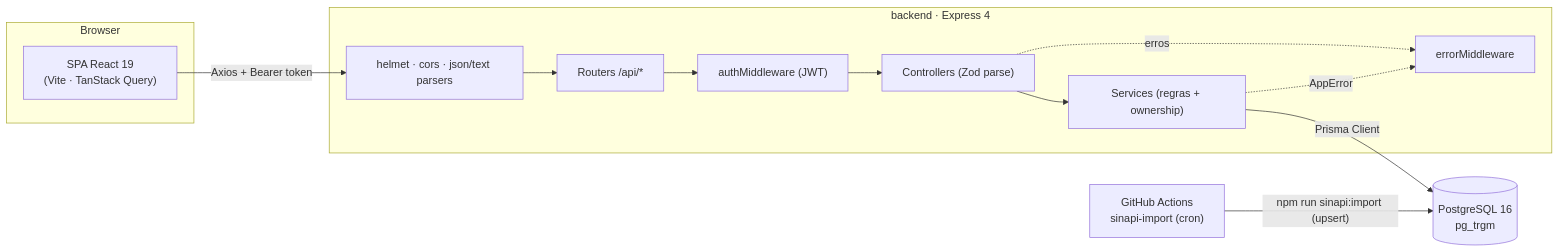
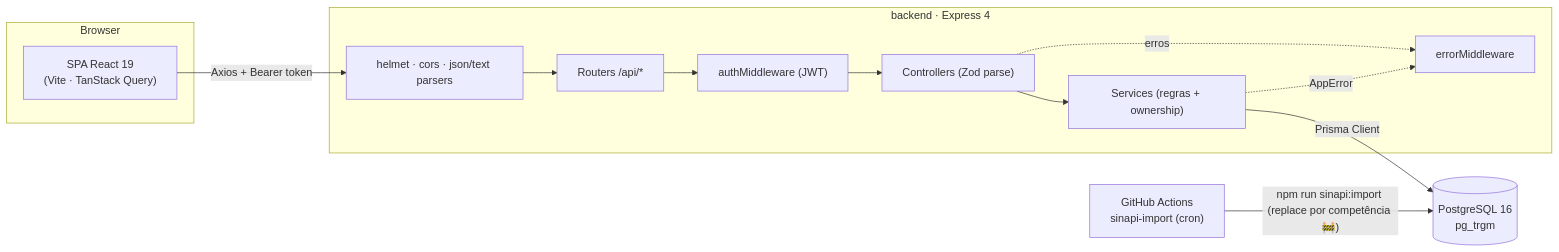
One commit to FernandoLML/Build-Plan changed the first of 4 diagrams in Docs/arquitetura-raio-x.md. Above: the diagram before and after it, drawn with Mermaid. The commit also changed other lines of this file and 7 other files, not shown here.

````diff
--- a/Docs/arquitetura-raio-x.md
+++ b/Docs/arquitetura-raio-x.md
@@ -21,21 +21,21 @@
 ```mermaid
 flowchart LR
   subgraph Browser
     SPA["SPA React 19<br/>(Vite · TanStack Query)"]
   end
   subgraph API["backend · Express 4"]
     MW["helmet · cors · json/text parsers"]
     R["Routers /api/*"]
     AUTH["authMiddleware (JWT)"]
     C["Controllers (Zod parse)"]
     S["Services (regras + ownership)"]
     E["errorMiddleware"]
   end
   DB[("PostgreSQL 16<br/>pg_trgm")]
   GH["GitHub Actions<br/>sinapi-import (cron)"]
 
   SPA -- "Axios + Bearer token" --> MW --> R --> AUTH --> C --> S -- Prisma Client --> DB
   C -. erros .-> E
   S -. AppError .-> E
-  GH -- "npm run sinapi:import (upsert)" --> DB
+  GH -- "npm run sinapi:import (replace por competência 🚧)" --> DB
 ```
````
